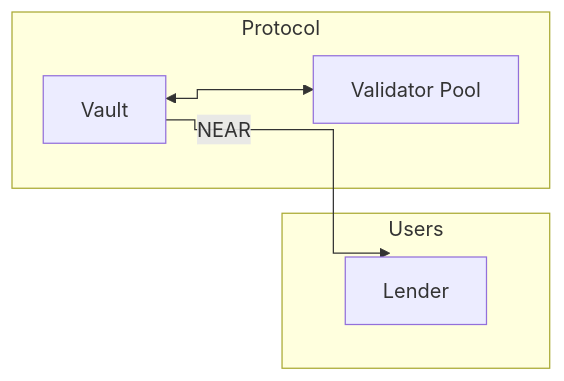
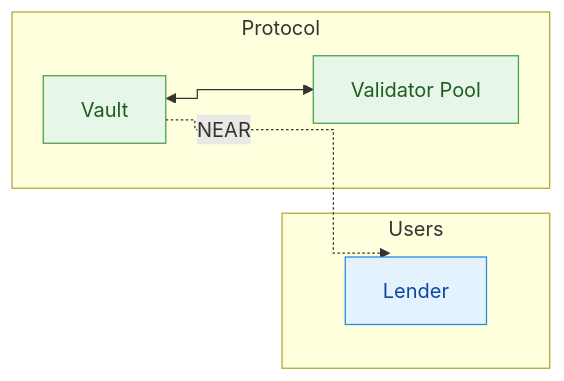
The tenth of 13 diagrams in value_flows.md (sudostake/sudostake_contracts_near), drawn with Mermaid before and after one commit. The commit also changed other lines of this file, not shown here.

First line of the commit message:
Revise and expand Vault value flows guide

````diff
--- a/value_flows.md
+++ b/value_flows.md
@@ -242,13 +249,17 @@
 ```mermaid
 %%{init: {'flowchart': {'curve': 'step'}}}%%
 flowchart LR
   subgraph Protocol
     V[Vault]
     P[Validator Pool]
   end
   subgraph Users
     L[Lender]
   end
   V <--> P
-  V -->|NEAR| L
+  V -.->|NEAR| L
+  classDef user fill:#E3F2FD,stroke:#1E88E5,color:#0D47A1;
+  classDef protocol fill:#E8F5E9,stroke:#43A047,color:#1B5E20;
+  class L user
+  class V,P protocol
 ```
````
